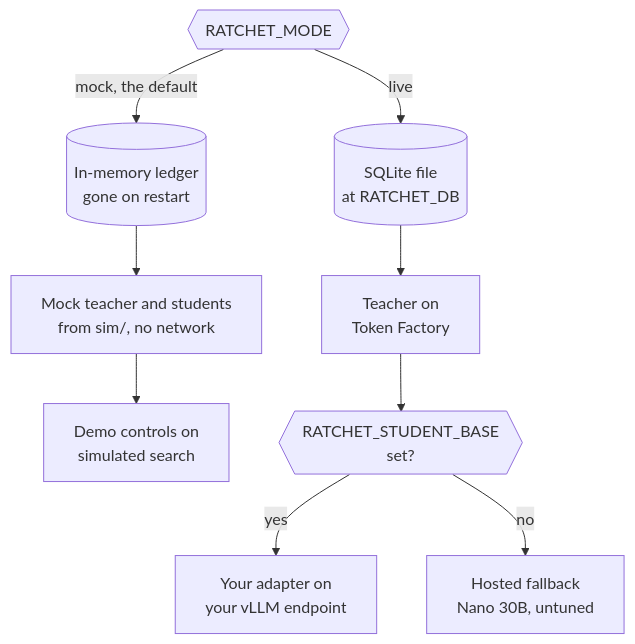
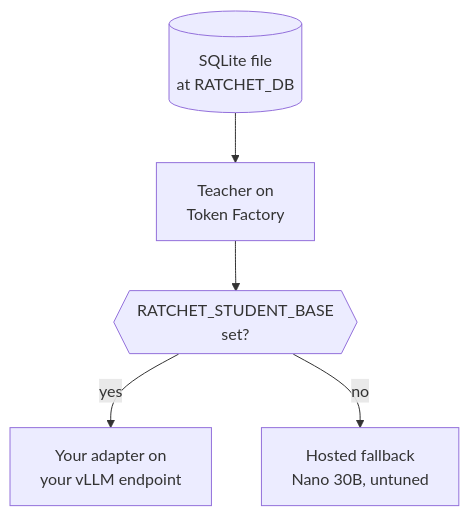
Before and after one commit to harshbhx/ratchet: the third of 4 diagrams in docs-site/src/content/docs/guides/big-picture.mdx, drawn with Mermaid. The commit also changed other lines of this file and 76 other files, not shown here.

````diff
--- a/docs-site/src/content/docs/guides/big-picture.mdx
+++ b/docs-site/src/content/docs/guides/big-picture.mdx
@@ -199,19 +199,14 @@
 ```mermaid
 flowchart TB
-  mode{{"RATCHET_MODE"}}
-  mode -->|"mock, the default"| m1[("In-memory ledger<br/>gone on restart")]
-  m1 --> m2["Mock teacher and students<br/>from sim/, no network"]
-  m2 --> m3["Demo controls on<br/>simulated search"]
-  mode -->|live| l1[("SQLite file<br/>at RATCHET_DB")]
+  l1[("SQLite file<br/>at RATCHET_DB")]
   l1 --> l2["Teacher on<br/>Token Factory"]
   l2 --> sb{{"RATCHET_STUDENT_BASE<br/>set?"}}
   sb -->|yes| l3["Your adapter on<br/>your vLLM endpoint"]
   sb -->|no| l4["Hosted fallback<br/>Nano 30B, untuned"]
 
-  class mode,sb gate
-  class m1,l1 store
-  class m2,m3 neutral
+  class sb gate
+  class l1 store
   class l2 teacher
   class l3 student
   class l4 outline
 ```
````
